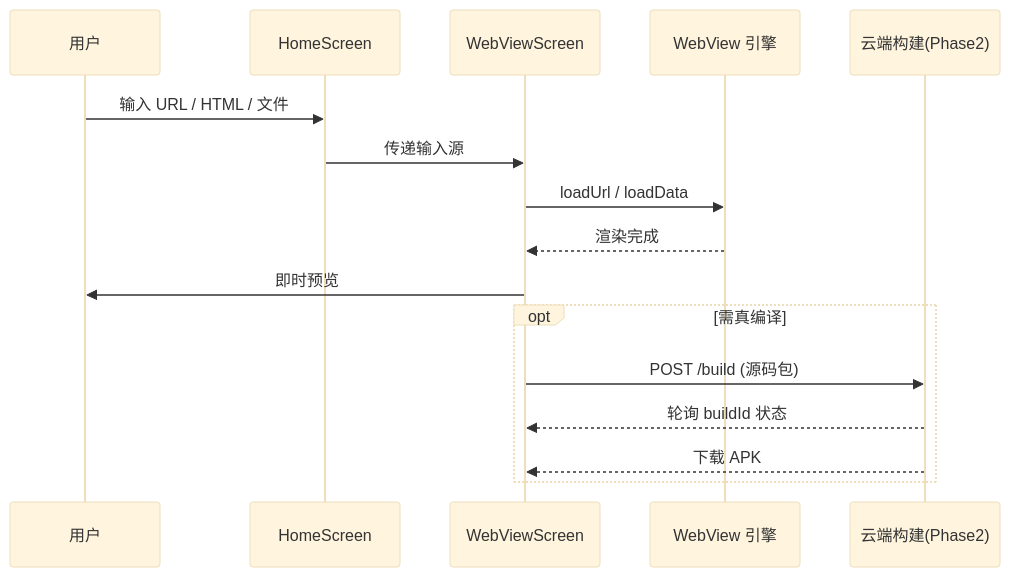
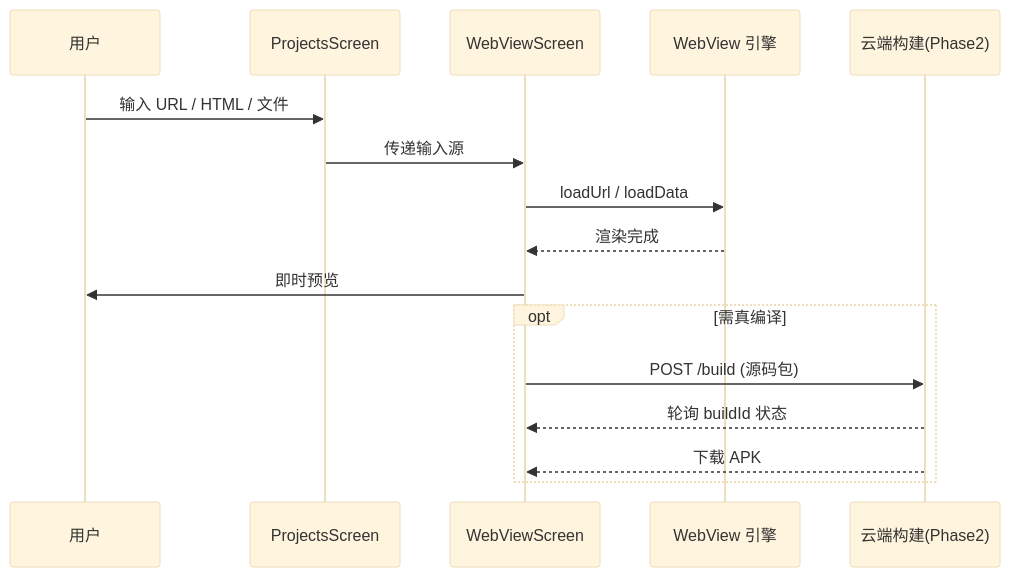
The second of 2 diagrams in docs/ARCHITECTURE.md (Lisir2002/Mini-MakeAPK), drawn with Mermaid (base theme) before and after one commit. The commit also changed other lines of this file and 79 other files, not shown here.

````diff
--- a/docs/ARCHITECTURE.md
+++ b/docs/ARCHITECTURE.md
@@ -159,18 +198,18 @@
 ```mermaid
 sequenceDiagram
     participant U as 用户
-    participant H as HomeScreen
+    participant H as ProjectsScreen
     participant V as WebViewScreen
     participant W as WebView 引擎
     participant C as 云端构建(Phase2)
     U->>H: 输入 URL / HTML / 文件
     H->>V: 传递输入源
     V->>W: loadUrl / loadData
     W-->>V: 渲染完成
     V->>U: 即时预览
     opt 需真编译
         V->>C: POST /build (源码包)
         C-->>V: 轮询 buildId 状态
         C-->>V: 下载 APK
     end
 ```
````
